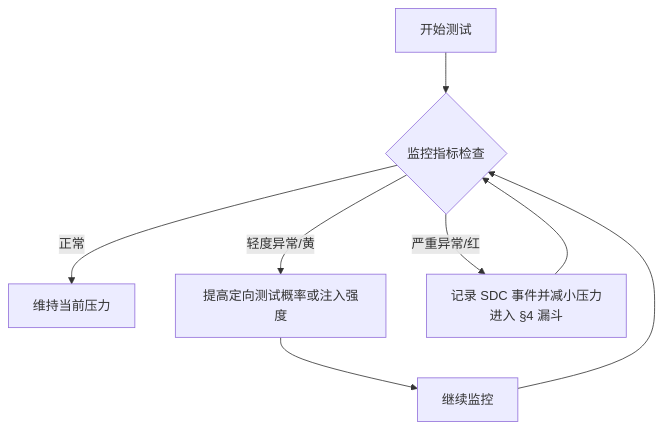
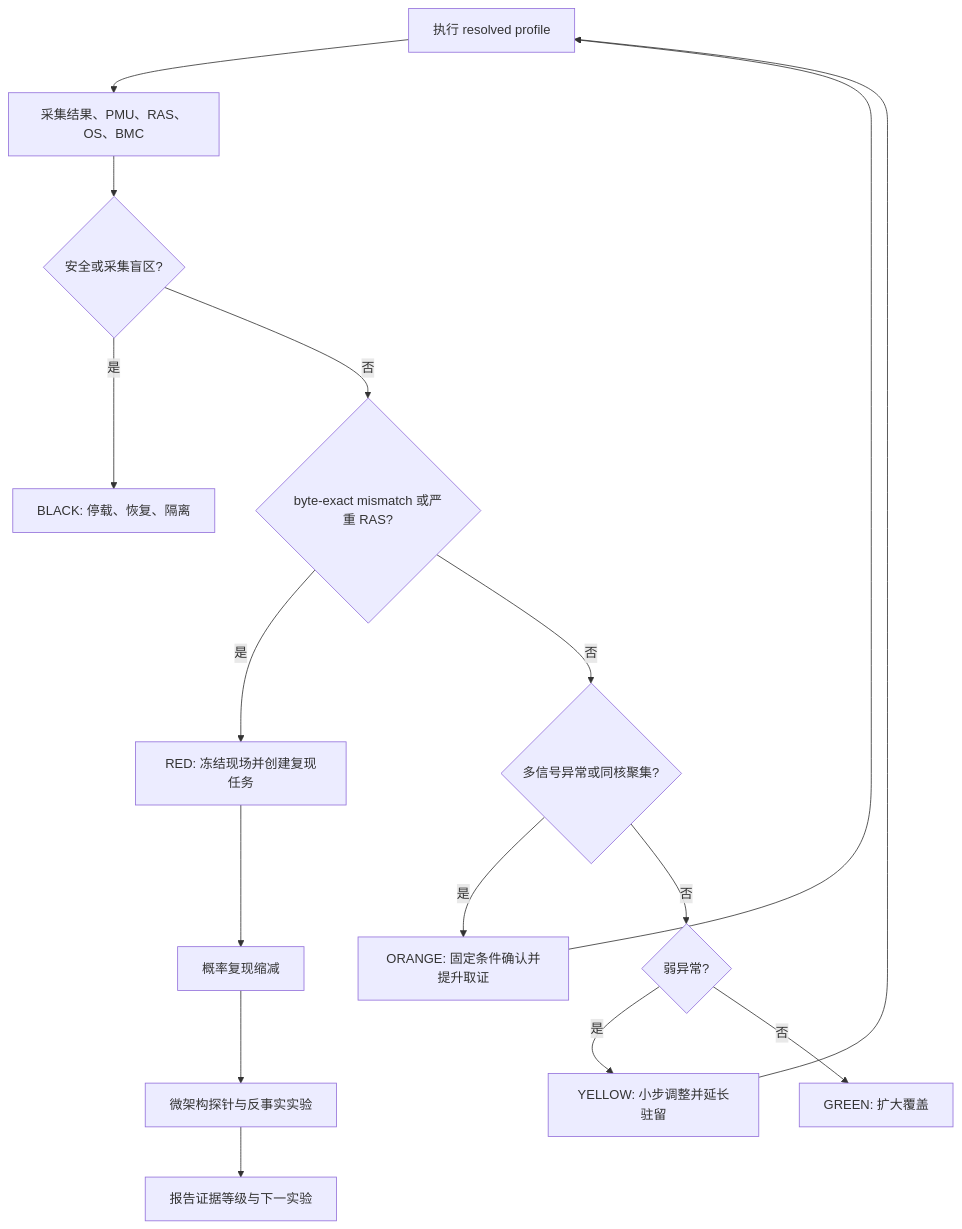
The fourth of 5 diagrams in docs/sdc-excite-reproduce/sdc-excite-reproduce-7x24.md (wangxumarshall/sdcshield), drawn with Mermaid before and after one commit. The commit also changed other lines of this file, not shown here.

First line of the commit message:
docs: sdc-excite-reproduce 方案 v5 融合 — 工程架构骨架 + 两机 as-built + 四大策略轴

````diff
--- a/docs/sdc-excite-reproduce/sdc-excite-reproduce-7x24.md
+++ b/docs/sdc-excite-reproduce/sdc-excite-reproduce-7x24.md
@@ -425,10 +947,18 @@
 ```mermaid
 flowchart TD
-    A[开始测试] --> B{监控指标检查}
-    B -- 正常 --> C[维持当前压力]
-    B -- 轻度异常/黄 --> D[提高定向测试概率或注入强度]
-    D --> E[继续监控]
-    B -- 严重异常/红 --> F[记录 SDC 事件并减小压力<br/>进入 §4 漏斗]
-    E --> B
-    F --> B
+    A[执行 resolved profile] --> B[采集结果、PMU、RAS、OS、BMC]
+    B --> C{安全或采集盲区?}
+    C -- 是 --> X[BLACK: 停载、恢复、隔离]
+    C -- 否 --> D{byte-exact mismatch 或严重 RAS?}
+    D -- 是 --> R[RED: 冻结现场并创建复现任务]
+    D -- 否 --> E{多信号异常或同核聚集?}
+    E -- 是 --> O[ORANGE: 固定条件确认并提升取证]
+    E -- 否 --> F{弱异常?}
+    F -- 是 --> Y[YELLOW: 小步调整并延长驻留]
+    F -- 否 --> G[GREEN: 扩大覆盖]
+    Y --> A
+    O --> A
+    R --> H[概率复现缩减]
+    H --> I[微架构探针与反事实实验]
+    I --> J[报告证据等级与下一实验]
 ```
````
